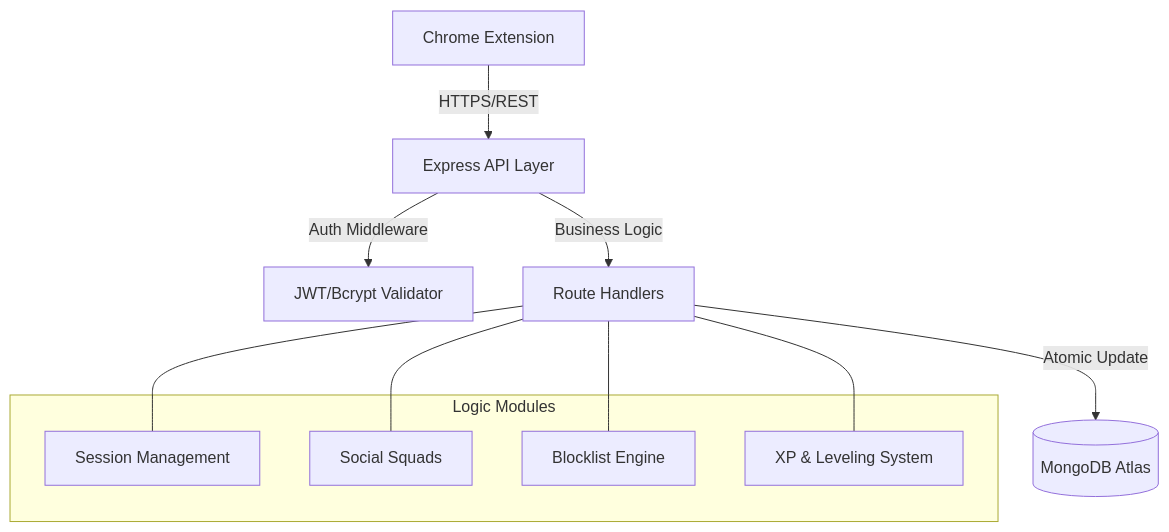
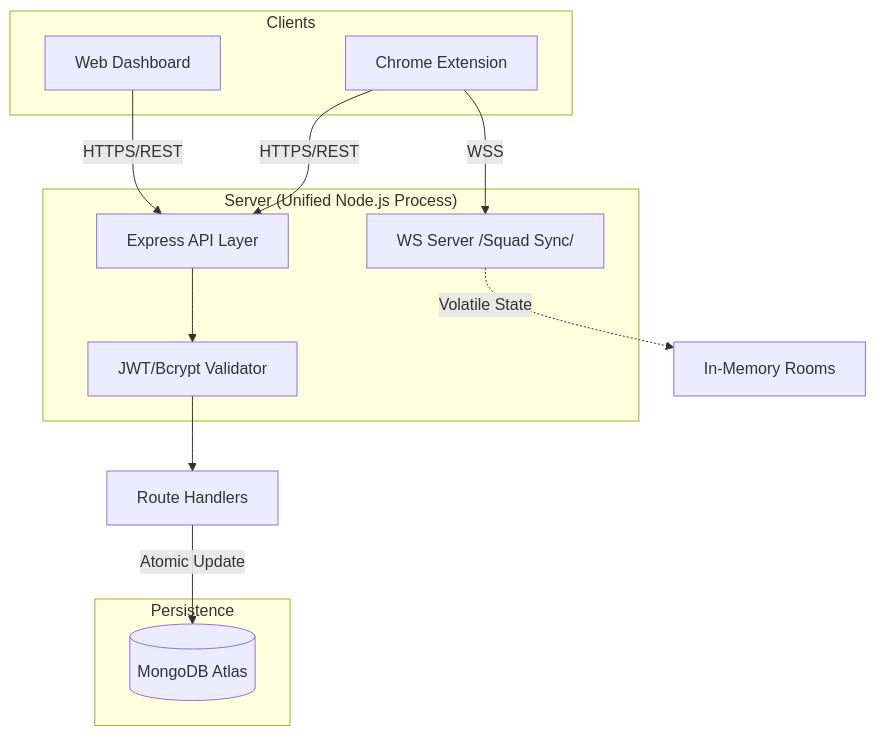
The diagram in ARCHITECTURE.md (satyak4815-dotcom/focusforge-backend), drawn with Mermaid before and after one commit. The commit also changed other lines of this file and 4 other files, not shown here.

````diff
--- a/ARCHITECTURE.md
+++ b/ARCHITECTURE.md
@@ -9,19 +9,27 @@
 ```mermaid
 graph TD
-    Client[Chrome Extension] -->|HTTPS/REST| API[Express API Layer]
-    API -->|Auth Middleware| Auth[JWT/Bcrypt Validator]
-    API -->|Business Logic| Controllers[Route Handlers]
-    Controllers -->|Atomic Update| DB[(MongoDB Atlas)]
-    
-    subgraph "Logic Modules"
-        Sess[Session Management]
-        Sqd[Social Squads]
-        Blk[Blocklist Engine]
-        XP[XP & Leveling System]
+    subgraph Clients
+        Ext[Chrome Extension]
+        Dash[Web Dashboard]
     end
-    
-    Controllers --- Sess
-    Controllers --- Sqd
-    Controllers --- Blk
-    Controllers --- XP
+
+    subgraph "Server (Unified Node.js Process)"
+        WS[WS Server /Squad Sync/]
+        API[Express API Layer]
+        Auth[JWT/Bcrypt Validator]
+    end
+
+    subgraph "Persistence"
+        DB[(MongoDB Atlas)]
+    end
+
+    Ext -->|HTTPS/REST| API
+    Ext -->|WSS| WS
+    Dash -->|HTTPS/REST| API
+
+    API --> Auth
+    Auth --> Controllers[Route Handlers]
+    Controllers -->|Atomic Update| DB
+
+    WS -.->|Volatile State| Memory[In-Memory Rooms]
 ```
````
